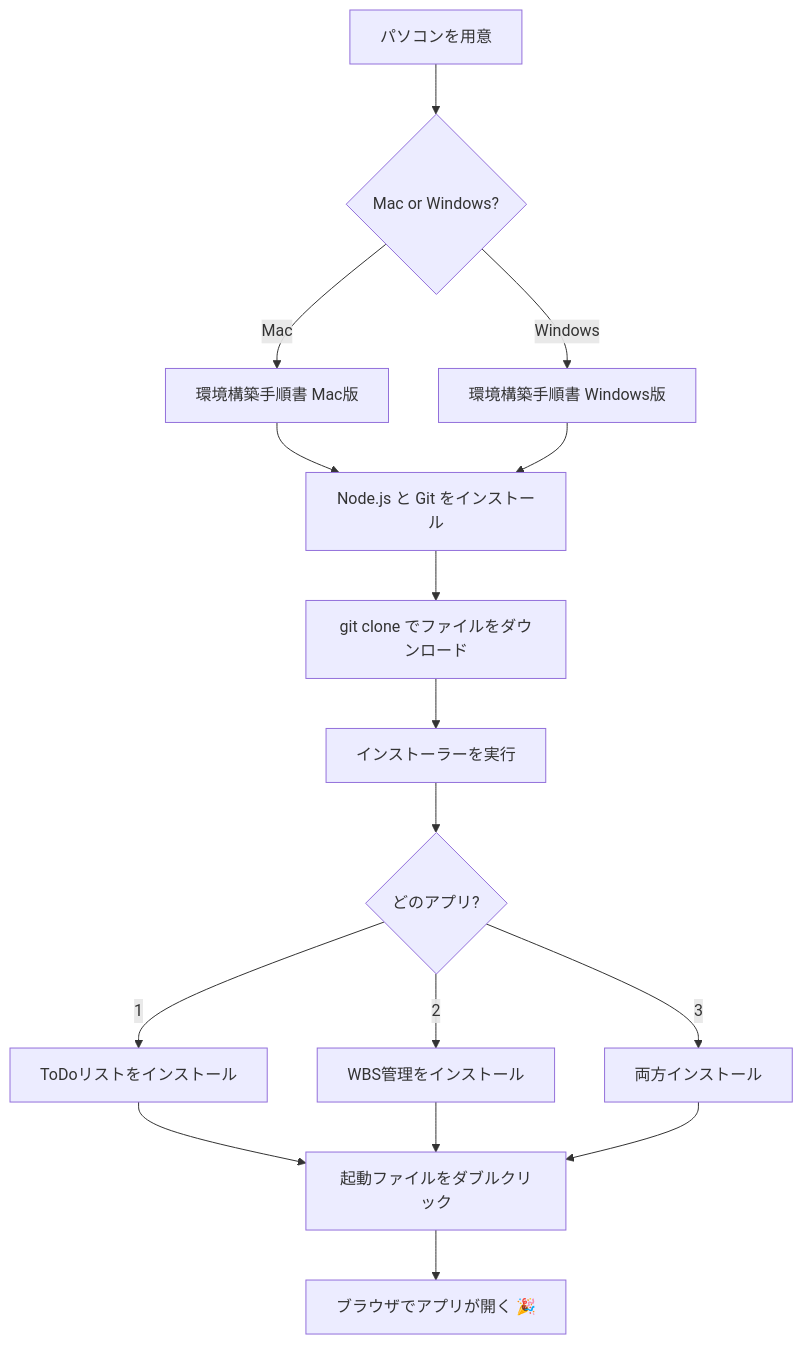
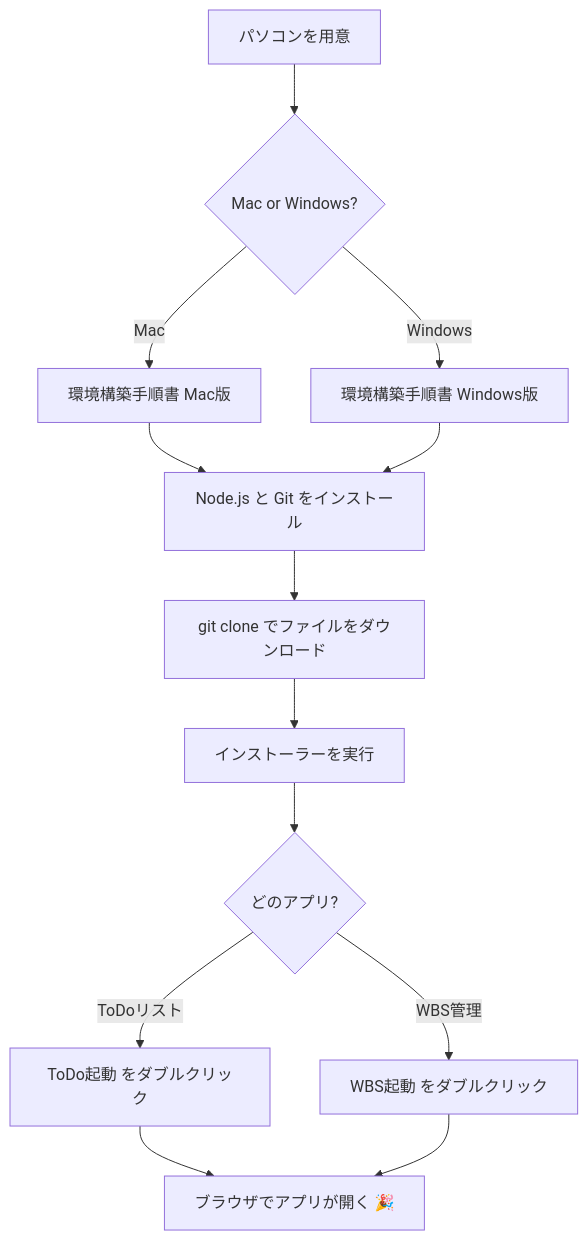
One commit to KaiOishii/AI-test-Claude changed the first of 6 diagrams in 人間確認用/01_全体フロー図.md. Above: the diagram before and after it, drawn with Mermaid. The commit also changed other lines of this file and 6 other files, not shown here.

````diff
--- a/人間確認用/01_全体フロー図.md
+++ b/人間確認用/01_全体フロー図.md
@@ -10,18 +10,15 @@
 ```mermaid
 flowchart TD
     A[パソコンを用意] --> B{Mac or Windows?}
     B -->|Mac| C[環境構築手順書 Mac版]
     B -->|Windows| D[環境構築手順書 Windows版]
     C --> E[Node.js と Git をインストール]
     D --> E
     E --> F[git clone でファイルをダウンロード]
     F --> G[インストーラーを実行]
     G --> H{どのアプリ?}
-    H -->|1| I[ToDoリストをインストール]
-    H -->|2| J[WBS管理をインストール]
-    H -->|3| K[両方インストール]
-    I --> L[起動ファイルをダブルクリック]
+    H -->|ToDoリスト| I[ToDo起動 をダブルクリック]
+    H -->|WBS管理| J[WBS起動 をダブルクリック]
+    I --> L[ブラウザでアプリが開く 🎉]
     J --> L
-    K --> L
-    L --> M[ブラウザでアプリが開く 🎉]
 ```
````
